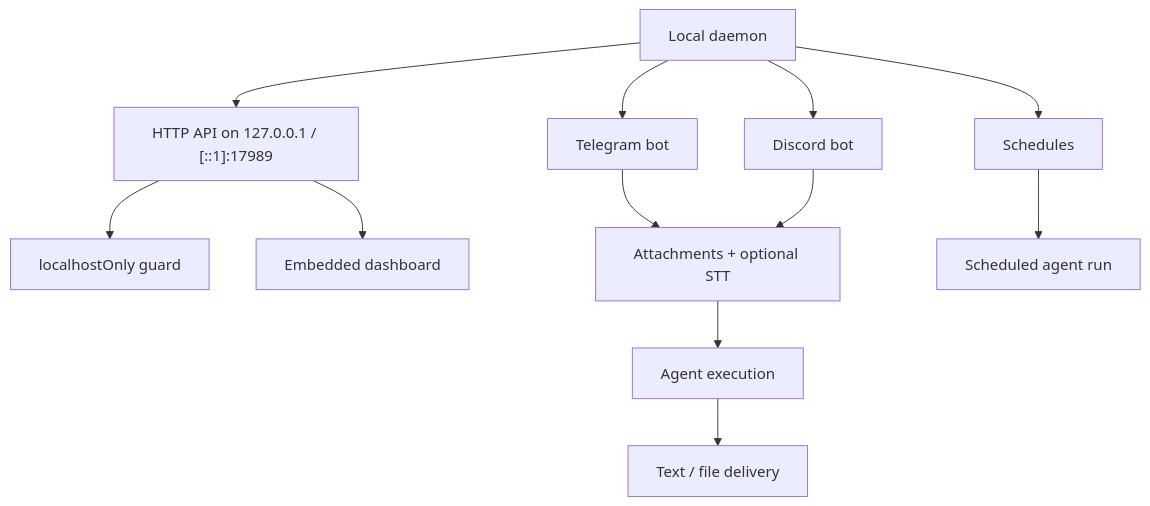
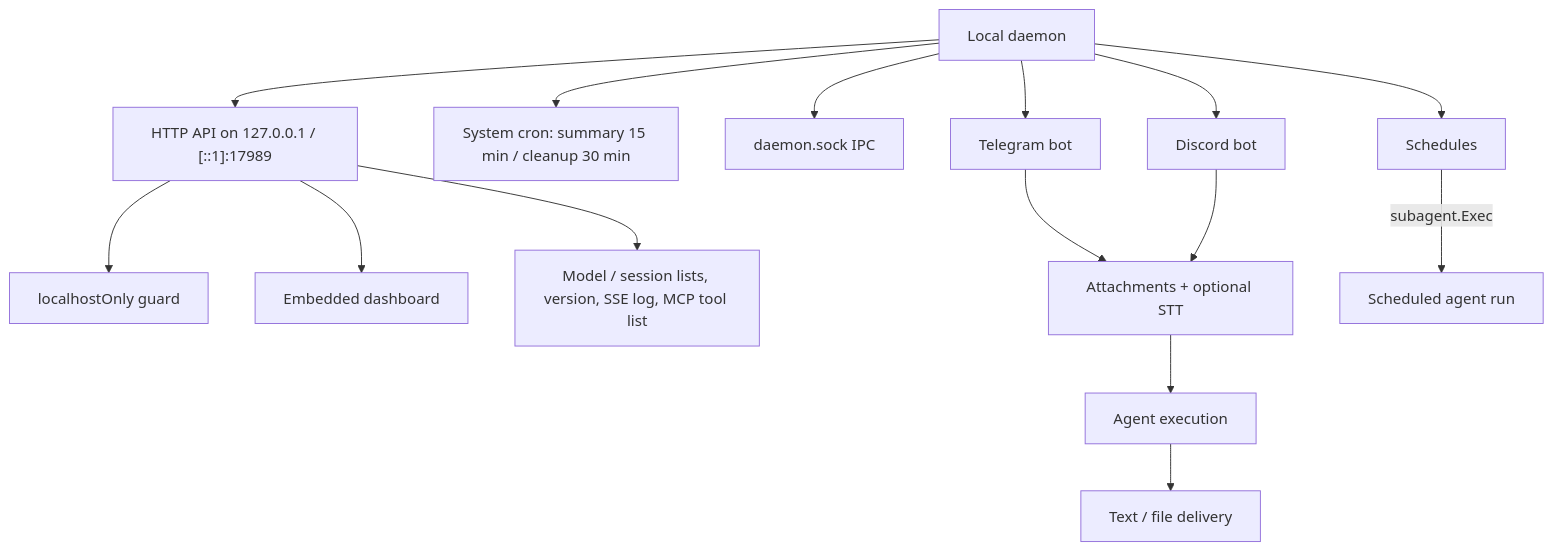
One commit to agenvoy/Agenvoy changed the seventh of 10 diagrams in doc/architecture.md. Above: the diagram before and after it, drawn with Mermaid. The commit also changed other lines of this file and 5 other files, not shown here.

Commit message:
doc: Align README and architecture/usage docs with the refactored executor and current behavior

````diff
--- a/doc/architecture.md
+++ b/doc/architecture.md
@@ -119,14 +151,17 @@
 ```mermaid
 graph TB
     Daemon[Local daemon] --> API["HTTP API on 127.0.0.1 / [::1]:17989"]
     API --> Guard[localhostOnly guard]
     API --> Dashboard[Embedded dashboard]
+    API --> OpenAPI[Model / session lists, version, SSE log, MCP tool list]
+    Daemon --> SysCron[System cron: summary 15 min / cleanup 30 min]
+    Daemon --> IPC[daemon.sock IPC]
     Daemon --> Scheduler[Schedules]
     Daemon --> Telegram[Telegram bot]
     Daemon --> Discord[Discord bot]
     Telegram --> Attachment[Attachments + optional STT]
     Discord --> Attachment
     Attachment --> ChannelRun[Agent execution]
     ChannelRun --> Delivery[Text / file delivery]
-    Scheduler --> ScheduledRun[Scheduled agent run]
+    Scheduler -->|subagent.Exec| ScheduledRun[Scheduled agent run]
 ```
````
